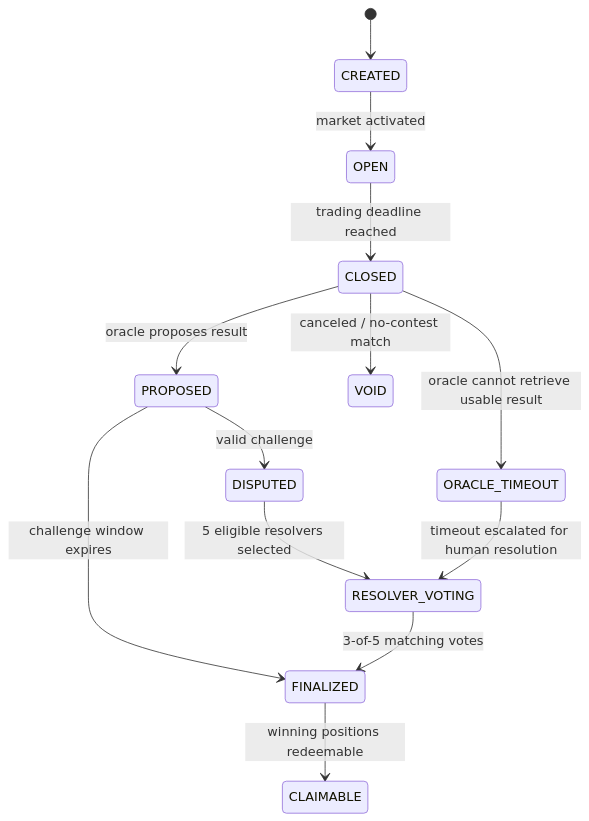
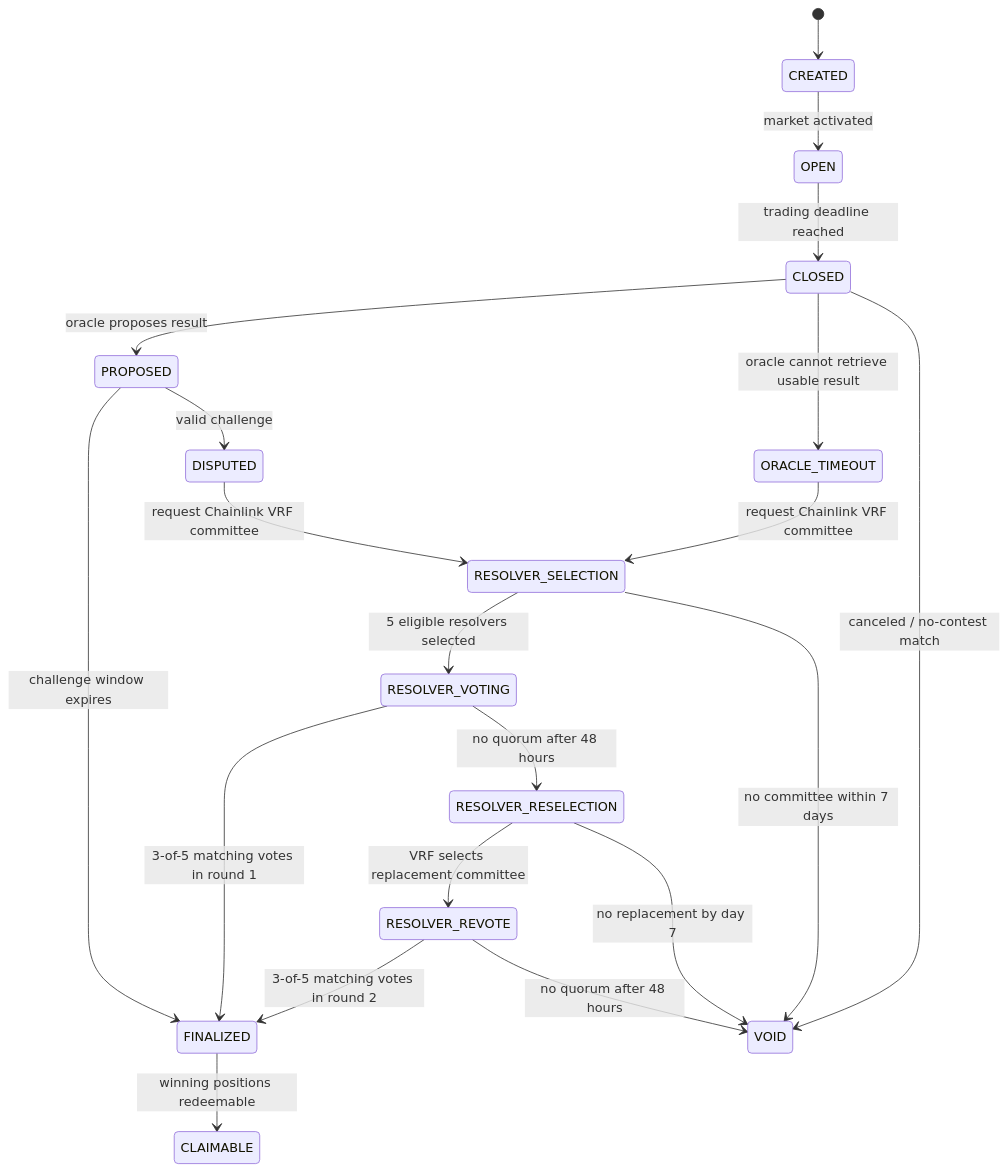
The second of 3 diagrams in docs/architecture-preview.md (yuddy-s/AC_ON-esports-prediction-market), drawn with Mermaid before and after one commit. The commit also changed other lines of this file and 8 other files, not shown here.

````diff
--- a/docs/architecture-preview.md
+++ b/docs/architecture-preview.md
@@ -121,16 +123,23 @@
 ```mermaid
 stateDiagram-v2
   [*] --> CREATED
   CREATED --> OPEN: market activated
   OPEN --> CLOSED: trading deadline reached
   CLOSED --> PROPOSED: oracle proposes result
   CLOSED --> ORACLE_TIMEOUT: oracle cannot retrieve usable result
   CLOSED --> VOID: canceled / no-contest match
 
   PROPOSED --> FINALIZED: challenge window expires
   PROPOSED --> DISPUTED: valid challenge
-  DISPUTED --> RESOLVER_VOTING: 5 eligible resolvers selected
-  ORACLE_TIMEOUT --> RESOLVER_VOTING: timeout escalated for human resolution
-  RESOLVER_VOTING --> FINALIZED: 3-of-5 matching votes
+  DISPUTED --> RESOLVER_SELECTION: request Chainlink VRF committee
+  ORACLE_TIMEOUT --> RESOLVER_SELECTION: request Chainlink VRF committee
+  RESOLVER_SELECTION --> RESOLVER_VOTING: 5 eligible resolvers selected
+  RESOLVER_SELECTION --> VOID: no committee within 7 days
+  RESOLVER_VOTING --> FINALIZED: 3-of-5 matching votes in round 1
+  RESOLVER_VOTING --> RESOLVER_RESELECTION: no quorum after 48 hours
+  RESOLVER_RESELECTION --> RESOLVER_REVOTE: VRF selects replacement committee
+  RESOLVER_RESELECTION --> VOID: no replacement by day 7
+  RESOLVER_REVOTE --> FINALIZED: 3-of-5 matching votes in round 2
+  RESOLVER_REVOTE --> VOID: no quorum after 48 hours
   FINALIZED --> CLAIMABLE: winning positions redeemable
 ```
````
